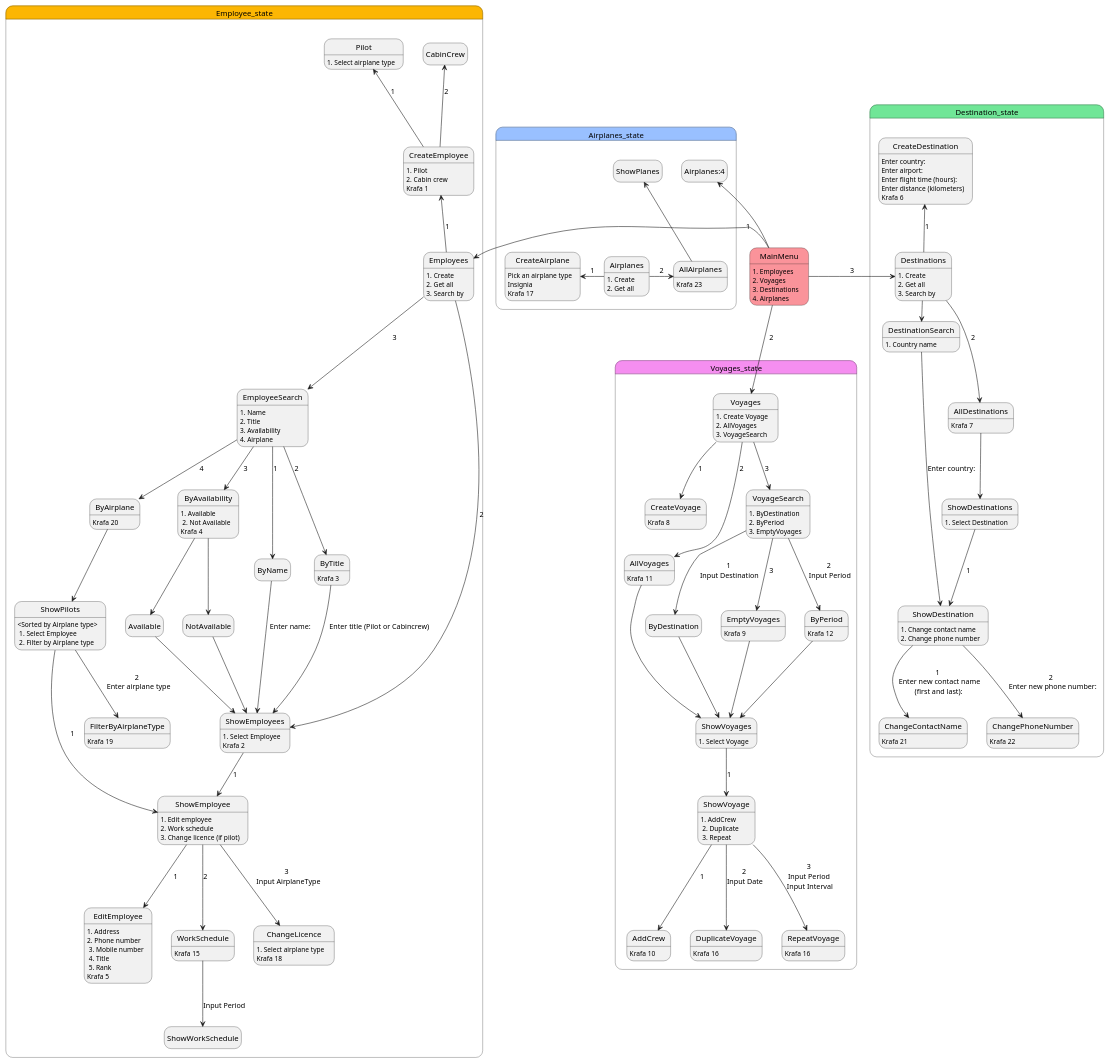
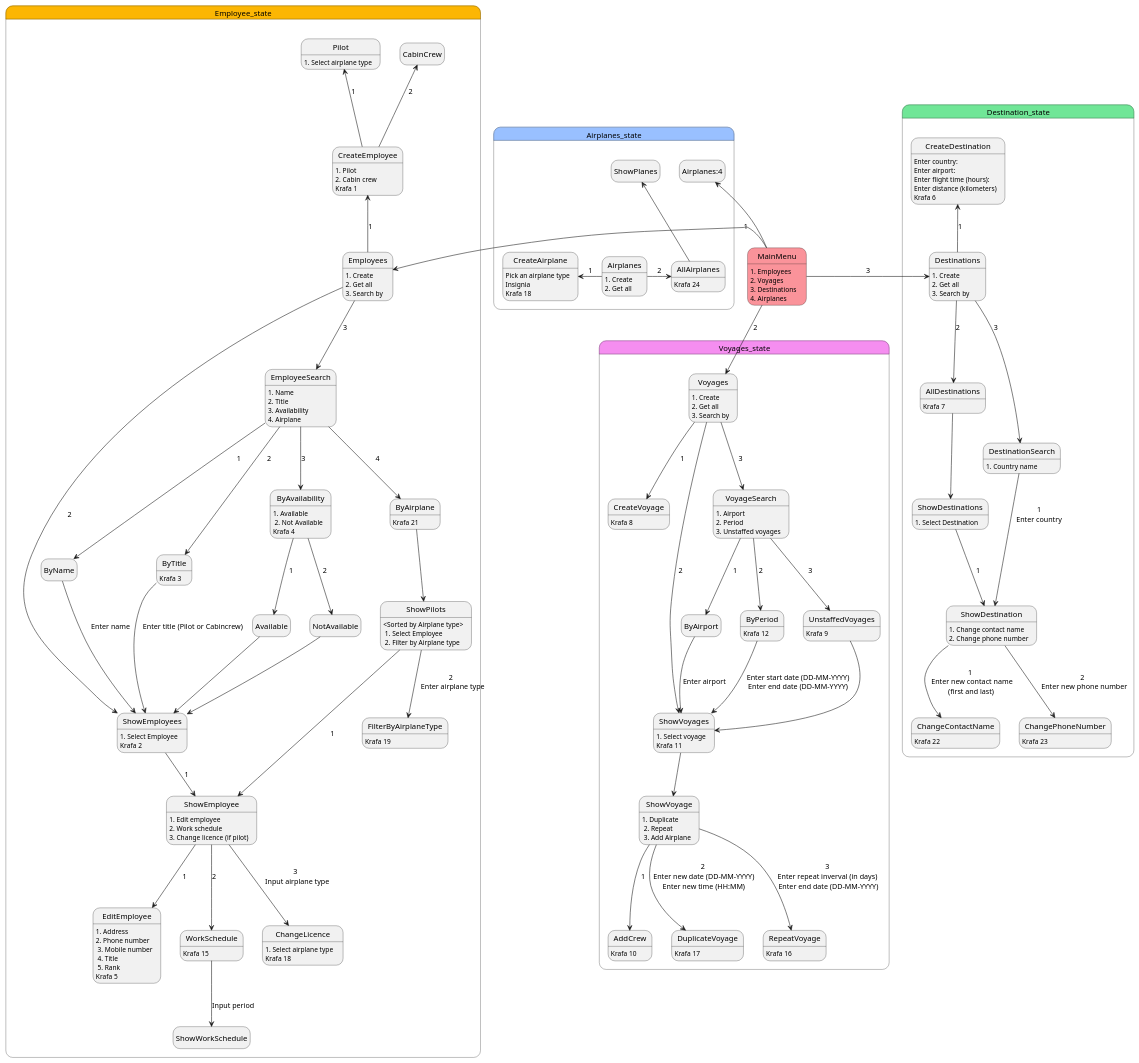
The diagram in code/new_state_diagram.puml (irmalexandra/vln1_chuck_nan), drawn with PlantUML before and after one commit.

Commit message:
State diagram

```diff
--- a/code/new_state_diagram.puml
+++ b/code/new_state_diagram.puml
@@ -1,132 +1,134 @@
 @startuml UI_states
 hide empty description
 MainMenu: 1. Employees \n2. Voyages \n3. Destinations \n4. Airplanes
 
 state Employee_state #fcb603{
 
     MainMenu #fa939a -Left-> Employees: 1
+    
     Employees: 1. Create\n2. Get all\n3. Search by
     Employees -up-> CreateEmployee: 1
     CreateEmployee: 1. Pilot\n2. Cabin crew\nKrafa 1
     CreateEmployee -up-> Pilot: 1
     CreateEmployee -up-> CabinCrew: 2
     Pilot: 1. Select airplane type
+    Employees -down-> ShowEmployees: 2
     EmployeeSearch: 1. Name\n2. Title\n3. Availability\n4. Airplane
+    
     Employees -down-> EmployeeSearch :3
-    Employees -down-> ShowEmployees: 2
-    EmployeeSearch --> ByTitle: 2
-    ByTitle: Krafa 3
-    ByTitle --> ShowEmployees: Enter title (Pilot or Cabincrew)
-    EmployeeSearch --> ByName: 1
-    ByName --> ShowEmployees: Enter name:
     
-    EmployeeSearch --> ByAvailability: 3
-    ByAvailability: 1. Available\n 2. Not Available\nKrafa 4
-    Available --> ShowEmployees
-    NotAvailable --> ShowEmployees
-    ByAvailability --> Available
-    ByAvailability --> NotAvailable
-    EmployeeSearch --> ByAirplane: 4
-    ByAirplane --> ShowPilots
-    ByAirplane: Krafa 20
-    ShowPilots: <Sorted by Airplane type>\n 1. Select Employee\n 2. Filter by Airplane type 
-    ShowPilots --> ShowEmployee: 1
-    ShowPilots --> FilterByAirplaneType: 2 \n Enter airplane type
-    FilterByAirplaneType: Krafa 19
     ShowEmployees: 1. Select Employee\nKrafa 2
     ShowEmployees --> ShowEmployee: 1
     ShowEmployee: 1. Edit employee \n2. Work schedule\n3. Change licence (if pilot)
     ShowEmployee --> EditEmployee: 1
     EditEmployee: 1. Address\n2. Phone number\n 3. Mobile number\n 4. Title\n 5. Rank\nKrafa 5
     ShowEmployee --> WorkSchedule: 2
+    EmployeeSearch --> ByName: 1
+    EmployeeSearch --> ByTitle: 2
+    ByTitle: Krafa 3
+    ByTitle --> ShowEmployees: Enter title (Pilot or Cabincrew)
+    
+    ByName --> ShowEmployees: Enter name
+    
+    EmployeeSearch --> ByAvailability: 3
+    ByAvailability: 1. Available\n 2. Not Available\nKrafa 4
+    Available --> ShowEmployees
+    NotAvailable --> ShowEmployees
+    ByAvailability --> Available: 1
+    ByAvailability --> NotAvailable: 2
+    EmployeeSearch --> ByAirplane: 4
+    ByAirplane --> ShowPilots
+    ByAirplane: Krafa 21
+    ShowPilots: <Sorted by Airplane type>\n 1. Select Employee\n 2. Filter by Airplane type 
+    ShowPilots --> ShowEmployee: 1
+    ShowPilots --> FilterByAirplaneType: 2 \n Enter airplane type
+    FilterByAirplaneType: Krafa 19
+    
     WorkSchedule: Krafa 15
-    ShowEmployee --> ChangeLicence: 3 \n Input AirplaneType
+    ShowEmployee --> ChangeLicence: 3 \n Input airplane type
     ChangeLicence: 1. Select airplane type \nKrafa 18
-    WorkSchedule --> ShowWorkSchedule: Input Period
+    WorkSchedule --> ShowWorkSchedule: Input period
 
 }
 
 
 state Voyages_state #f58ef0{
     MainMenu -Down-> Voyages: 2
-    Voyages: 1. Create Voyage \n2. AllVoyages \n3. VoyageSearch
+    Voyages: 1. Create \n2. Get all \n3. Search by
     
     Voyages --> CreateVoyage: 1
     CreateVoyage: Krafa 8
     
-    Voyages --> AllVoyages: 2
-    AllVoyages: Krafa 11
-    AllVoyages --> ShowVoyages
+    Voyages --> ShowVoyages: 2
+    ShowVoyages: 1. Select voyage\nKrafa 11
+    ShowVoyages --> ShowVoyage
     
     Voyages --> VoyageSearch: 3
     
-    VoyageSearch: 1. ByDestination \n2. ByPeriod \n3. EmptyVoyages
+    VoyageSearch: 1. Airport \n2. Period \n3. Unstaffed voyages
     
-    VoyageSearch --> ByDestination: 1 \nInput Destination
-    ByDestination --> ShowVoyages
+    VoyageSearch --> ByAirport: 1
+    ByAirport --> ShowVoyages: Enter airport
 
-    VoyageSearch --> EmptyVoyages: 3
-    EmptyVoyages: Krafa 9
-    EmptyVoyages --> ShowVoyages
+    VoyageSearch --> ByPeriod: 2
+    ByPeriod: Krafa 12
+    ByPeriod --> ShowVoyages: Enter start date (DD-MM-YYYY)\nEnter end date (DD-MM-YYYY)
 
-    VoyageSearch --> ByPeriod: 2 \nInput Period
-    ByPeriod: Krafa 12
-    ByPeriod --> ShowVoyages
-    
-    ShowVoyages: 1. Select Voyage
-    ShowVoyages --> ShowVoyage: 1
-    
-    ShowVoyage: 1. AddCrew\n 2. Duplicate\n 3. Repeat
+    VoyageSearch --> UnstaffedVoyages: 3
+    UnstaffedVoyages: Krafa 9
+    UnstaffedVoyages --> ShowVoyages
+        
+    ShowVoyage: 1. Duplicate\n 2. Repeat\n 3. Add Airplane
     
     ShowVoyage --> AddCrew: 1
     AddCrew: Krafa 10
     
-    ShowVoyage --> DuplicateVoyage: 2 \nInput Date
-    DuplicateVoyage: Krafa 16
+    ShowVoyage --> DuplicateVoyage: 2 \nEnter new date (DD-MM-YYYY)\nEnter new time (HH:MM)
+    DuplicateVoyage: Krafa 17
     
-    ShowVoyage --> RepeatVoyage: 3 \nInput Period \nInput Interval
+    ShowVoyage --> RepeatVoyage: 3 \nEnter repeat inverval (in days) \nEnter end date (DD-MM-YYYY)
     RepeatVoyage: Krafa 16
 
 }
 
 state Destination_state #70e697{
     MainMenu -Right-> Destinations: 3
     
-    Destinations:1. Create \n2. Get all \n3. Search by
+    Destinations: 1. Create \n2. Get all \n3. Search by
     Destinations -up-> CreateDestination: 1
     CreateDestination: Enter country:\nEnter airport:\nEnter flight time (hours):\nEnter distance (kilometers)\nKrafa 6
     
     Destinations -down-> AllDestinations: 2
     AllDestinations: Krafa 7
     
-    Destinations -right-> DestinationSearch
-    DestinationSearch --> ShowDestination: Enter country:
+    Destinations -down-> DestinationSearch: 3
+    DestinationSearch --> ShowDestination: 1\nEnter country
     DestinationSearch: 1. Country name
 
     AllDestinations --> ShowDestinations
     ShowDestinations: 1. Select Destination
     ShowDestinations --> ShowDestination: 1
     
     ShowDestination: 1. Change contact name \n2. Change phone number
-    ShowDestination --> ChangeContactName: 1 \n Enter new contact name\n(first and last):
-    ChangeContactName: Krafa 21
-    ShowDestination --> ChangePhoneNumber: 2 \n Enter new phone number:
-    ChangePhoneNumber: Krafa 22
+    ShowDestination --> ChangeContactName: 1 \n Enter new contact name\n(first and last)
+    ChangeContactName: Krafa 22
+    ShowDestination --> ChangePhoneNumber: 2 \n Enter new phone number
+    ChangePhoneNumber: Krafa 23
 }
 
 state Airplanes_state #99c0ff{
     MainMenu -up-> Airplanes:4 
     Airplanes: 1. Create \n2. Get all
     Airplanes -left-> CreateAirplane: 1
-    CreateAirplane: Pick an airplane type\nInsignia\nKrafa 17
+    CreateAirplane: Pick an airplane type\nInsignia\nKrafa 18
 
     Airplanes -right-> AllAirplanes: 2
-    AllAirplanes: Krafa 23
+    AllAirplanes: Krafa 24
     AllAirplanes -up-> ShowPlanes
 
     
     
 
 }
 
 @enduml
```
